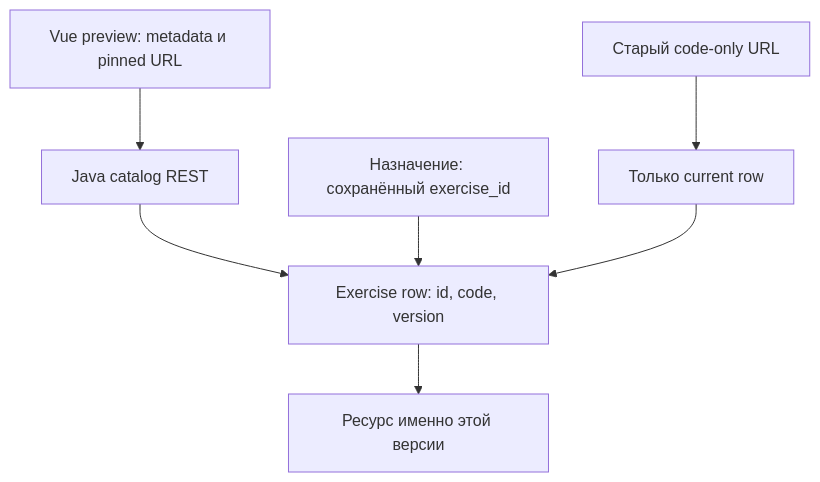
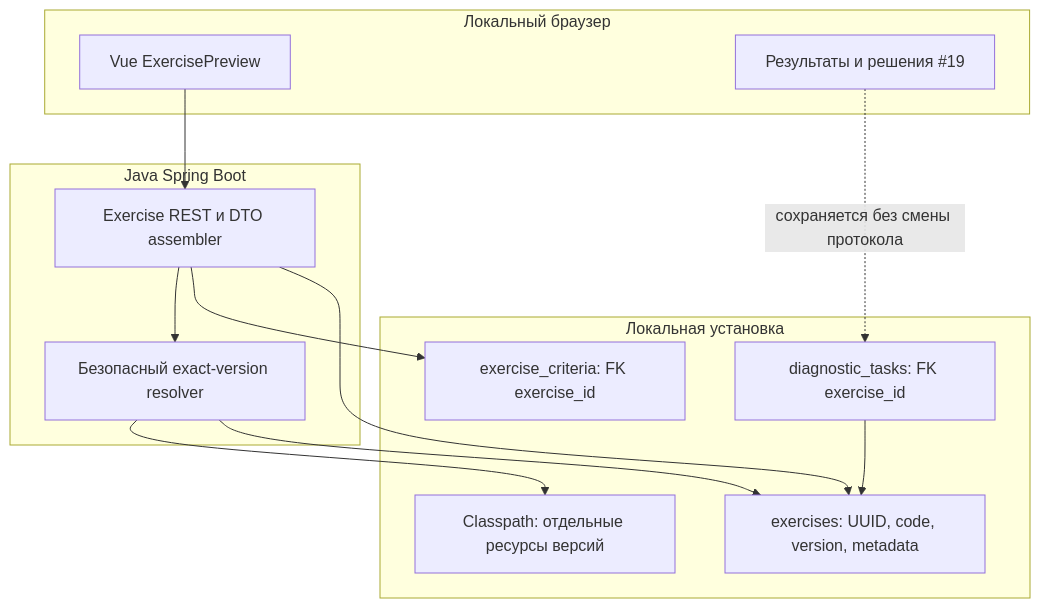
One commit to roafo1989/guitar-mentor-ai changed the diagram in docs/diagrams/catalog-metadata-and-versions.mmd. Above: the diagram before and after it, drawn with Mermaid. The commit also changed 6 other files, not shown here.

```diff
--- a/docs/diagrams/catalog-metadata-and-versions.mmd
+++ b/docs/diagrams/catalog-metadata-and-versions.mmd
@@ -1,7 +1,23 @@
 flowchart TB
-  Vue["Vue preview: metadata и pinned URL"] --> API["Java catalog REST"]
-  API --> Row["Exercise row: id, code, version"]
-  Assigned["Назначение: сохранённый exercise_id"] --> Row
-  Row --> Media["Ресурс именно этой версии"]
-  Legacy["Старый code-only URL"] --> Current["Только current row"]
-  Current --> Row
+  subgraph Browser["Локальный браузер"]
+    Vue["Vue ExercisePreview"]
+    Results["Результаты и решения #19"]
+  end
+  subgraph Backend["Java Spring Boot"]
+    API["Exercise REST и DTO assembler"]
+    Resolver["Безопасный exact-version resolver"]
+  end
+  subgraph Storage["Локальная установка"]
+    Row["exercises: UUID, code, version, metadata"]
+    Criteria["exercise_criteria: FK exercise_id"]
+    Assigned["diagnostic_tasks: FK exercise_id"]
+    Media["Classpath: отдельные ресурсы версий"]
+  end
+  Vue --> API
+  API --> Row
+  API --> Criteria
+  Assigned --> Row
+  API --> Resolver
+  Resolver --> Row
+  Resolver --> Media
+  Results -. "сохраняется без смены протокола" .-> Assigned
```
